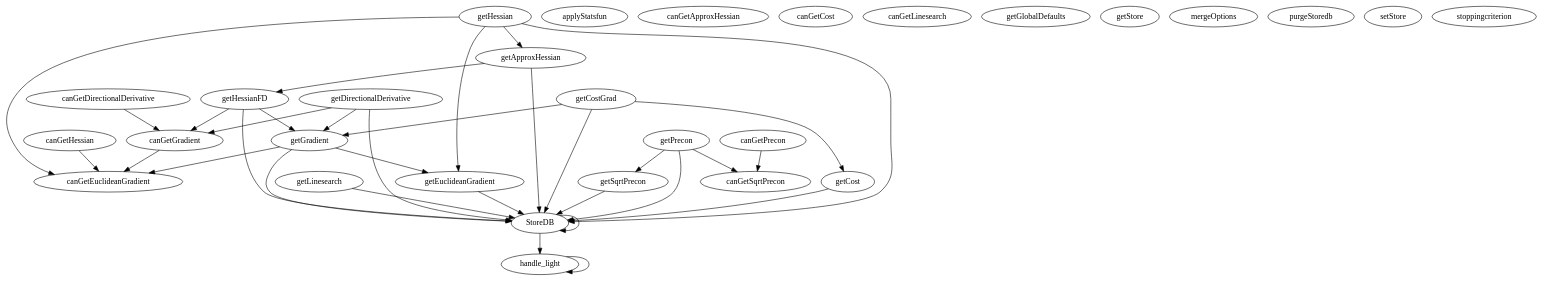
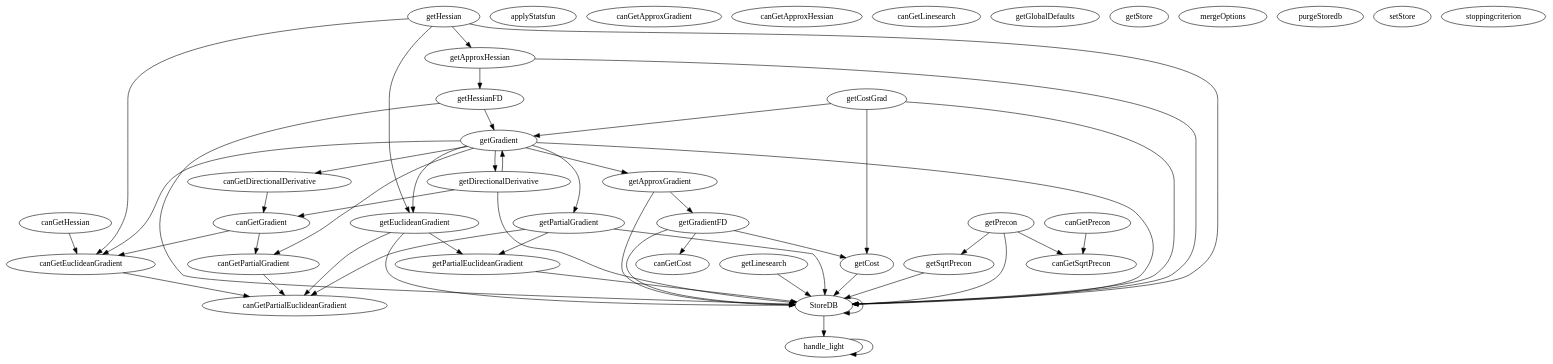
Before and after one commit to NicolasBoumal/manopt: the diagram in web/reference/manopt/core/graph.dot, drawn with Graphviz. The commit also changed 453 other files, not shown here.

```diff
--- a/web/reference/manopt/core/graph.dot
+++ b/web/reference/manopt/core/graph.dot
@@ -1,65 +1,90 @@
 /* Created by mdot for Matlab */
 digraph m2html {
   StoreDB -> StoreDB;
   StoreDB -> handle_light;
   canGetDirectionalDerivative -> canGetGradient;
+  canGetEuclideanGradient -> canGetPartialEuclideanGradient;
   canGetGradient -> canGetEuclideanGradient;
+  canGetGradient -> canGetPartialGradient;
   canGetHessian -> canGetEuclideanGradient;
+  canGetPartialGradient -> canGetPartialEuclideanGradient;
   canGetPrecon -> canGetSqrtPrecon;
+  getApproxGradient -> StoreDB;
+  getApproxGradient -> getGradientFD;
   getApproxHessian -> StoreDB;
   getApproxHessian -> getHessianFD;
   getCost -> StoreDB;
   getCostGrad -> StoreDB;
   getCostGrad -> getCost;
   getCostGrad -> getGradient;
   getDirectionalDerivative -> StoreDB;
   getDirectionalDerivative -> canGetGradient;
   getDirectionalDerivative -> getGradient;
   getEuclideanGradient -> StoreDB;
+  getEuclideanGradient -> canGetPartialEuclideanGradient;
+  getEuclideanGradient -> getPartialEuclideanGradient;
   getGradient -> StoreDB;
+  getGradient -> canGetDirectionalDerivative;
   getGradient -> canGetEuclideanGradient;
+  getGradient -> canGetPartialGradient;
+  getGradient -> getApproxGradient;
+  getGradient -> getDirectionalDerivative;
   getGradient -> getEuclideanGradient;
+  getGradient -> getPartialGradient;
+  getGradientFD -> StoreDB;
+  getGradientFD -> canGetCost;
+  getGradientFD -> getCost;
   getHessian -> StoreDB;
   getHessian -> canGetEuclideanGradient;
   getHessian -> getApproxHessian;
   getHessian -> getEuclideanGradient;
   getHessianFD -> StoreDB;
-  getHessianFD -> canGetGradient;
   getHessianFD -> getGradient;
   getLinesearch -> StoreDB;
+  getPartialEuclideanGradient -> StoreDB;
+  getPartialGradient -> StoreDB;
+  getPartialGradient -> canGetPartialEuclideanGradient;
+  getPartialGradient -> getPartialEuclideanGradient;
   getPrecon -> StoreDB;
   getPrecon -> canGetSqrtPrecon;
   getPrecon -> getSqrtPrecon;
   getSqrtPrecon -> StoreDB;
   handle_light -> handle_light;
 
   StoreDB [URL="StoreDB.html"];
   applyStatsfun [URL="applyStatsfun.html"];
+  canGetApproxGradient [URL="canGetApproxGradient.html"];
   canGetApproxHessian [URL="canGetApproxHessian.html"];
   canGetCost [URL="canGetCost.html"];
   canGetDirectionalDerivative [URL="canGetDirectionalDerivative.html"];
   canGetEuclideanGradient [URL="canGetEuclideanGradient.html"];
   canGetGradient [URL="canGetGradient.html"];
   canGetHessian [URL="canGetHessian.html"];
   canGetLinesearch [URL="canGetLinesearch.html"];
+  canGetPartialEuclideanGradient [URL="canGetPartialEuclideanGradient.html"];
+  canGetPartialGradient [URL="canGetPartialGradient.html"];
   canGetPrecon [URL="canGetPrecon.html"];
   canGetSqrtPrecon [URL="canGetSqrtPrecon.html"];
+  getApproxGradient [URL="getApproxGradient.html"];
   getApproxHessian [URL="getApproxHessian.html"];
   getCost [URL="getCost.html"];
   getCostGrad [URL="getCostGrad.html"];
   getDirectionalDerivative [URL="getDirectionalDerivative.html"];
   getEuclideanGradient [URL="getEuclideanGradient.html"];
   getGlobalDefaults [URL="getGlobalDefaults.html"];
   getGradient [URL="getGradient.html"];
+  getGradientFD [URL="getGradientFD.html"];
   getHessian [URL="getHessian.html"];
   getHessianFD [URL="getHessianFD.html"];
   getLinesearch [URL="getLinesearch.html"];
+  getPartialEuclideanGradient [URL="getPartialEuclideanGradient.html"];
+  getPartialGradient [URL="getPartialGradient.html"];
   getPrecon [URL="getPrecon.html"];
   getSqrtPrecon [URL="getSqrtPrecon.html"];
   getStore [URL="getStore.html"];
   handle_light [URL="handle_light.html"];
   mergeOptions [URL="mergeOptions.html"];
   purgeStoredb [URL="purgeStoredb.html"];
   setStore [URL="setStore.html"];
   stoppingcriterion [URL="stoppingcriterion.html"];
 }
```
